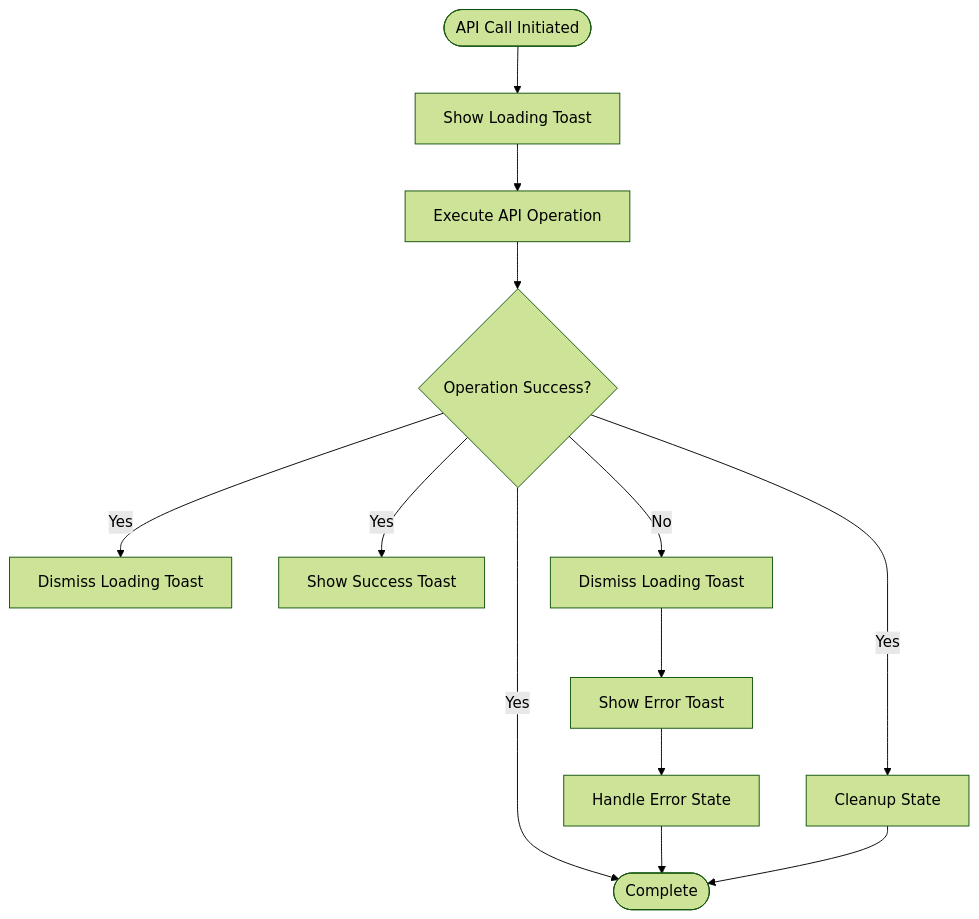
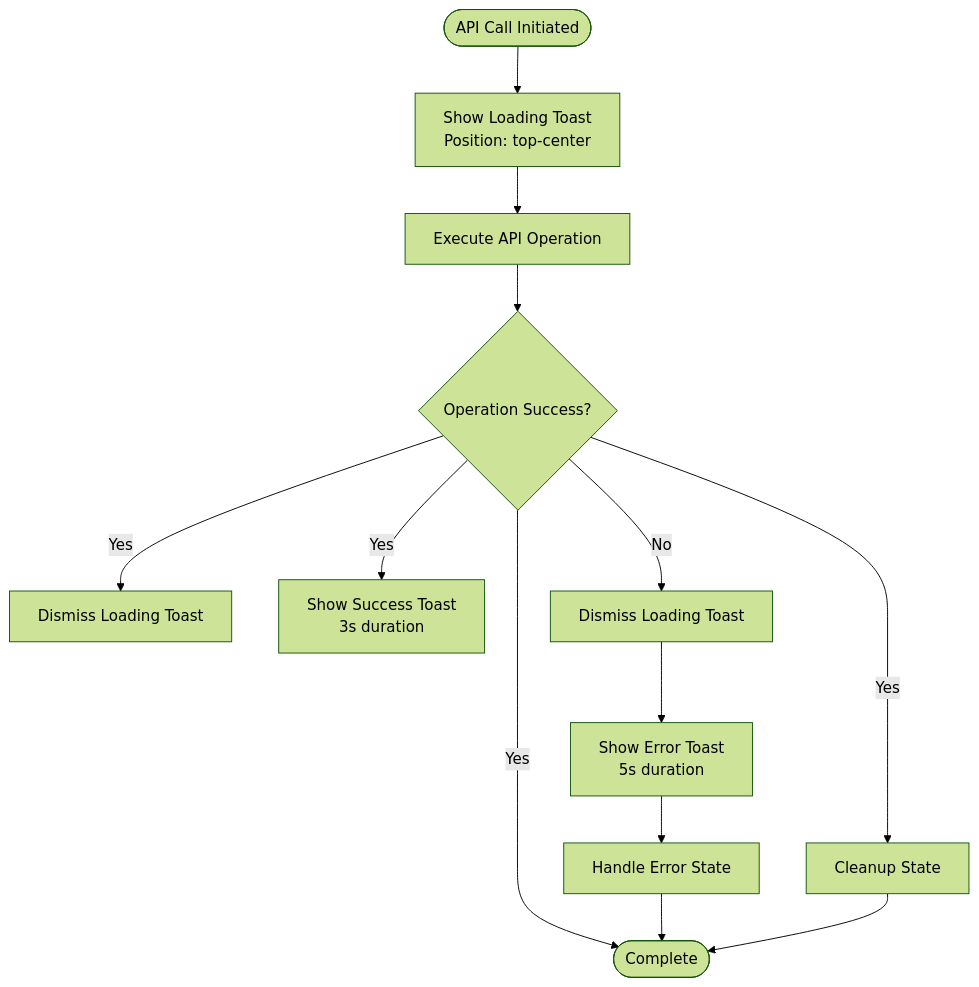
Before and after one commit to Aryan9060/Timetable-Project: the fourth of 7 diagrams in .qoder/repowiki/en/content/Frontend Architecture/Toast Notification System.md, drawn with Mermaid (forest theme). The commit also changed other lines of this file and 48 other files, not shown here.

````diff
--- a/.qoder/repowiki/en/content/Frontend Architecture/Toast Notification System.md
+++ b/.qoder/repowiki/en/content/Frontend Architecture/Toast Notification System.md
@@ -157,15 +164,15 @@
 ```mermaid
 flowchart TD
-Start([API Call Initiated]) --> ShowLoading["Show Loading Toast"]
+Start([API Call Initiated]) --> ShowLoading["Show Loading Toast<br/>Position: top-center"]
 ShowLoading --> ExecuteAPI["Execute API Operation"]
 ExecuteAPI --> Success{"Operation Success?"}
 Success --> |Yes| DismissLoading["Dismiss Loading Toast"]
-Success --> |Yes| ShowSuccess["Show Success Toast"]
+Success --> |Yes| ShowSuccess["Show Success Toast<br/>3s duration"]
 Success --> |Yes| Cleanup["Cleanup State"]
 Success --> |Yes| End([Complete])
 Success --> |No| DismissLoadingError["Dismiss Loading Toast"]
-DismissLoadingError --> ShowError["Show Error Toast"]
+DismissLoadingError --> ShowError["Show Error Toast<br/>5s duration"]
 ShowError --> HandleError["Handle Error State"]
 HandleError --> End
 Cleanup --> End
 ```
````
